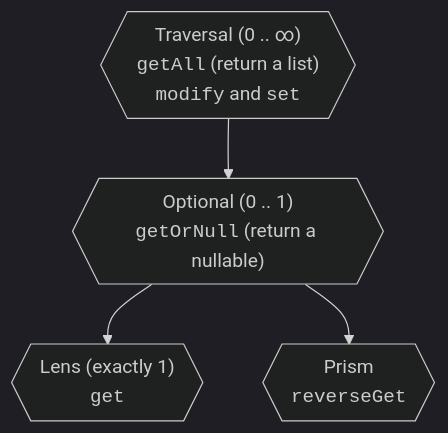
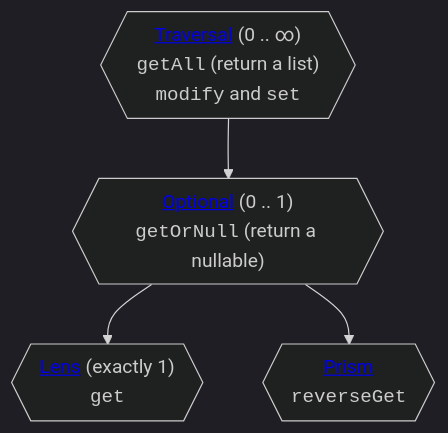
Before and after one commit to arrow-kt/arrow-website: the diagram in content/docs/learn/immutable-data/intro.md, drawn with Mermaid (dark theme). The commit also changed 5 other files, not shown here.

````diff
--- a/content/docs/learn/immutable-data/intro.md
+++ b/content/docs/learn/immutable-data/intro.md
@@ -127,10 +127,10 @@
 ```mermaid
 graph TD;
-  traversal{{"Traversal (0 .. ∞)<br /><code>getAll</code> (return a list)<br /><code>modify</code> and <code>set</code>"}};
-  optional{{"Optional (0 .. 1)<br /><code>getOrNull</code> (return a nullable)"}};
-  lens{{"Lens (exactly 1)<br /><code>get</code>"}};
-  prism{{"Prism<br /><code>reverseGet</code>"}};
+  traversal{{"<a href='../traversal/'>Traversal</a> (0 .. ∞)<br /><code>getAll</code> (return a list)<br /><code>modify</code> and <code>set</code>"}};
+  optional{{"<a href='../optional-prism/'>Optional</a> (0 .. 1)<br /><code>getOrNull</code> (return a nullable)"}};
+  lens{{"<a href='../lens/'>Lens</a> (exactly 1)<br /><code>get</code>"}};
+  prism{{"<a href='../optional-prism/#constructing-values'>Prism</a><br /><code>reverseGet</code>"}};
   traversal-->optional;
   optional-->lens;
   optional-->prism;
 ```
````
